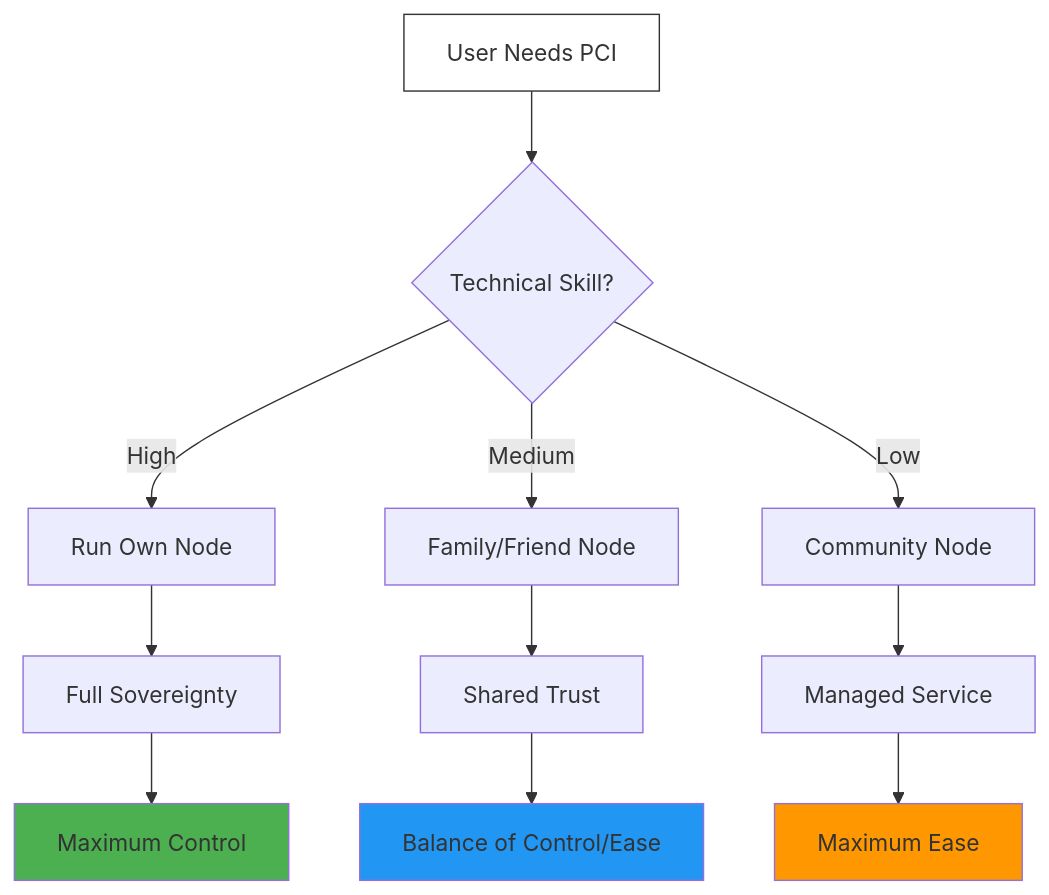
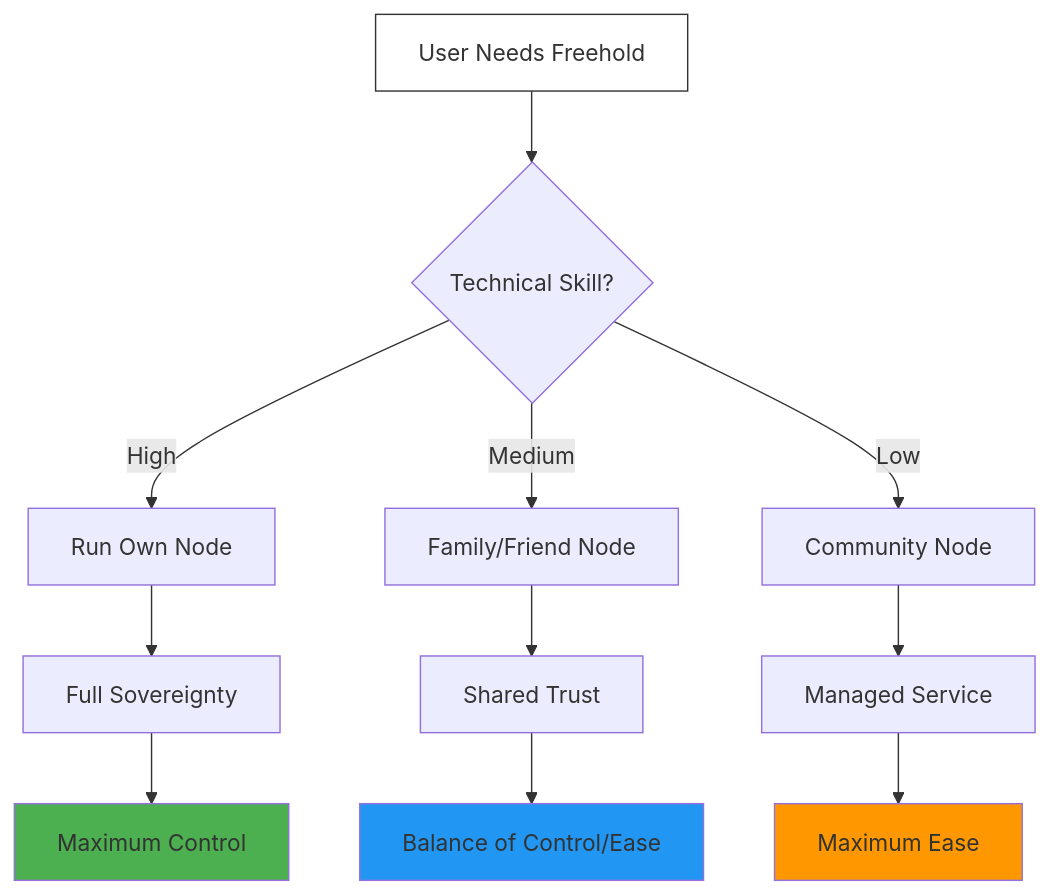
Before and after one commit to freehold-earth/freehold: the sixth of 8 diagrams in docs/architecture/diagrams.md, drawn with Mermaid. The commit also changed other lines of this file and 22 other files, not shown here.

First line of the commit message:
Rename the project from PCI to Freehold in documents and READMEs

````diff
--- a/docs/architecture/diagrams.md
+++ b/docs/architecture/diagrams.md
@@ -201,21 +201,21 @@
 ```mermaid
 graph TD
-    A[User Needs PCI] --> B{Technical Skill?}
+    A[User Needs Freehold] --> B{Technical Skill?}
 
     B -->|High| C[Run Own Node]
     B -->|Medium| D[Family/Friend Node]
     B -->|Low| E[Community Node]
 
     C --> F[Full Sovereignty]
     D --> G[Shared Trust]
     E --> H[Managed Service]
 
     F --> I[Maximum Control]
     G --> J[Balance of Control/Ease]
     H --> K[Maximum Ease]
 
     style A fill:#fff,stroke:#333
     style I fill:#4CAF50
     style J fill:#2196F3
     style K fill:#FF9800
 ```
````
